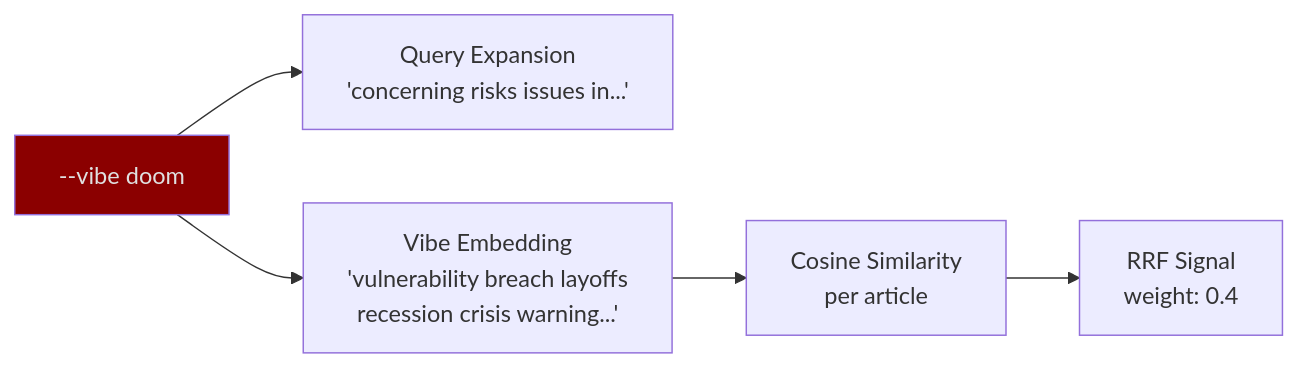
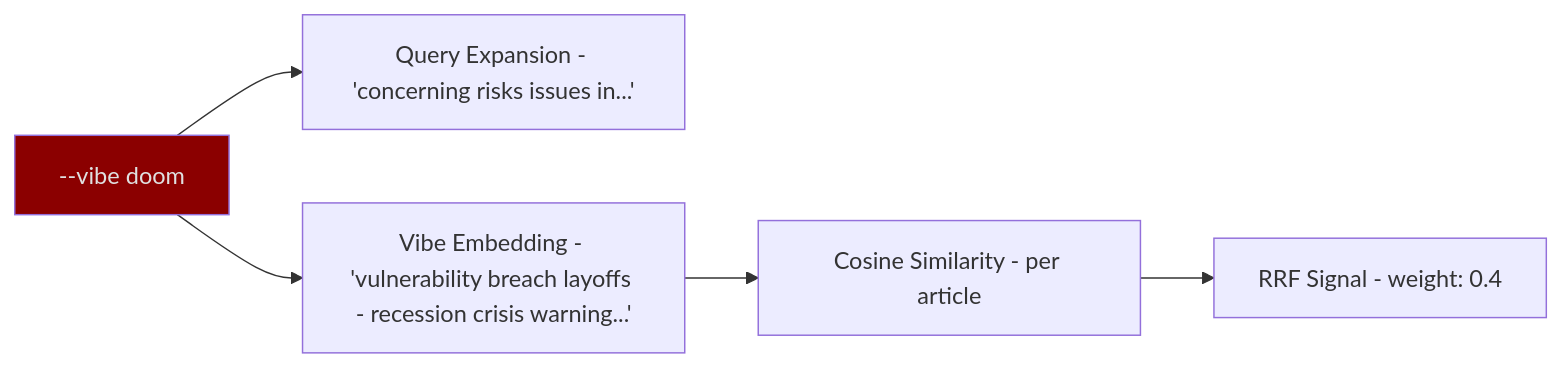
Before and after one commit to Shaddix/mostlylucidweb: the fourth of 10 diagrams in Mostlylucid/Markdown/doomsummarizer-deep-research.md, drawn with Mermaid. The commit also changed other lines of this file and 25 other files, not shown here.

````diff
--- a/Mostlylucid/Markdown/doomsummarizer-deep-research.md
+++ b/Mostlylucid/Markdown/doomsummarizer-deep-research.md
@@ -210,9 +210,9 @@
 ```mermaid
 flowchart LR
-    V["--vibe doom"] --> Expand["Query Expansion\n'concerning risks issues in...'"]
-    V --> Embed["Vibe Embedding\n'vulnerability breach layoffs\nrecession crisis warning...'"]
-    Embed --> Score["Cosine Similarity\nper article"]
-    Score --> RRF["RRF Signal\nweight: 0.4"]
+    V["--vibe doom"] --> Expand["Query Expansion - 'concerning risks issues in...'"]
+    V --> Embed["Vibe Embedding - 'vulnerability breach layoffs - recession crisis warning...'"]
+    Embed --> Score["Cosine Similarity - per article"]
+    Score --> RRF["RRF Signal - weight: 0.4"]
 
     style V fill:#8b0000,color:#e0e0e0
 ```
````
